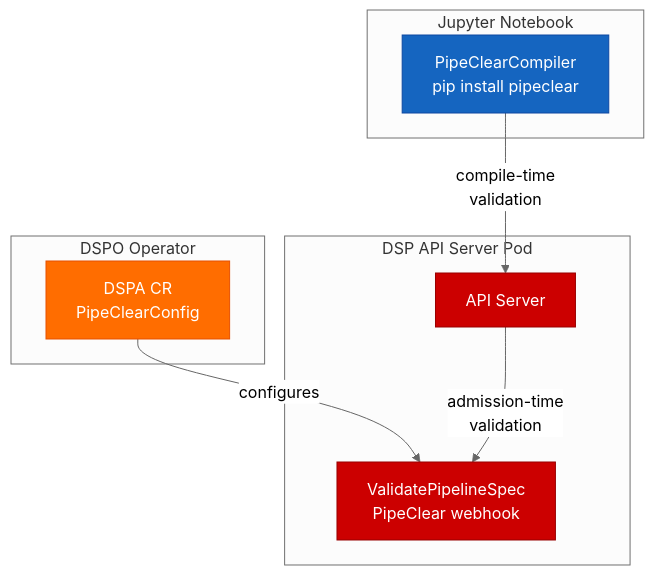
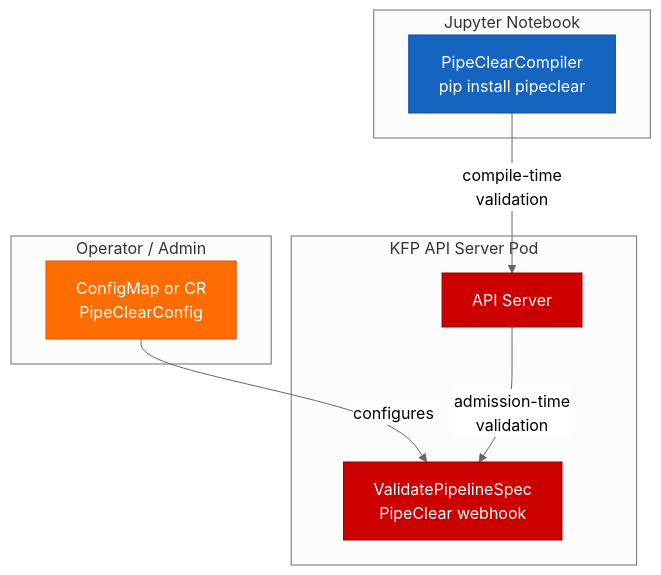
The third of 3 diagrams in README.md (ugiordan/pipeclear), drawn with Mermaid (neutral theme) before and after one commit. The commit also changed other lines of this file, not shown here.

First line of the commit message:
docs: broaden README to cover upstream KFP, ODH, and RHOAI

````diff
--- a/README.md
+++ b/README.md
@@ -173,24 +175,24 @@
 ```mermaid
 flowchart TB
-    subgraph DSPO [DSPO Operator]
-        CR[DSPA CR\nPipeClearConfig]
+    subgraph OP [Operator / Admin]
+        CR[ConfigMap or CR\nPipeClearConfig]
     end
 
-    subgraph DSP [DSP API Server Pod]
+    subgraph KFP [KFP API Server Pod]
         API[API Server]
         WH[ValidatePipelineSpec\nPipeClear webhook]
     end
 
     subgraph NB [Jupyter Notebook]
         SDK[PipeClearCompiler\npip install pipeclear]
     end
 
     CR -->|configures| WH
     SDK -->|compile-time\nvalidation| API
     API -->|admission-time\nvalidation| WH
 
     style CR fill:#FF6D00,stroke:#E65100,color:#fff
     style API fill:#CC0000,stroke:#990000,color:#fff
     style WH fill:#CC0000,stroke:#990000,color:#fff
     style SDK fill:#1565C0,stroke:#0D47A1,color:#fff
 ```
````
